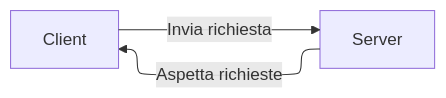
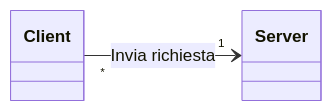
The sixth of 9 diagrams in docs/progettazione.md (Firi0n/appunti-software-engineering), drawn with Mermaid before and after one commit. The commit also changed other lines of this file and 2 other files, not shown here.

Commit message:
fix diagrams and addnother diagrams

````diff
--- a/docs/progettazione.md
+++ b/docs/progettazione.md
@@ -157,9 +157,5 @@
 ```mermaid
----
-config:
-  layout: elk
----
-flowchart LR
-    Server -->|Aspetta richieste| Client
-    Client -->|Invia richiesta| Server
+classDiagram
+direction LR
+    Client "*"-->"1" Server: Invia richiesta
 ```
````
